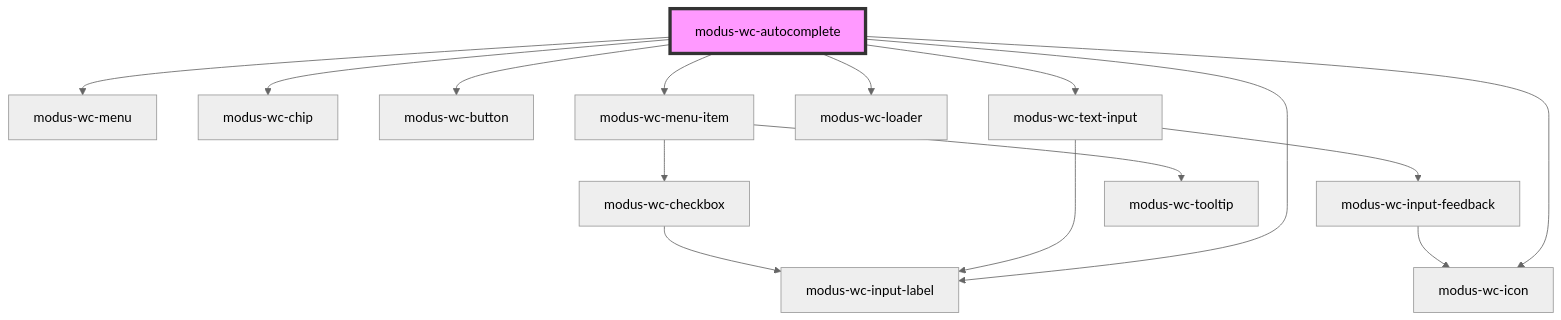
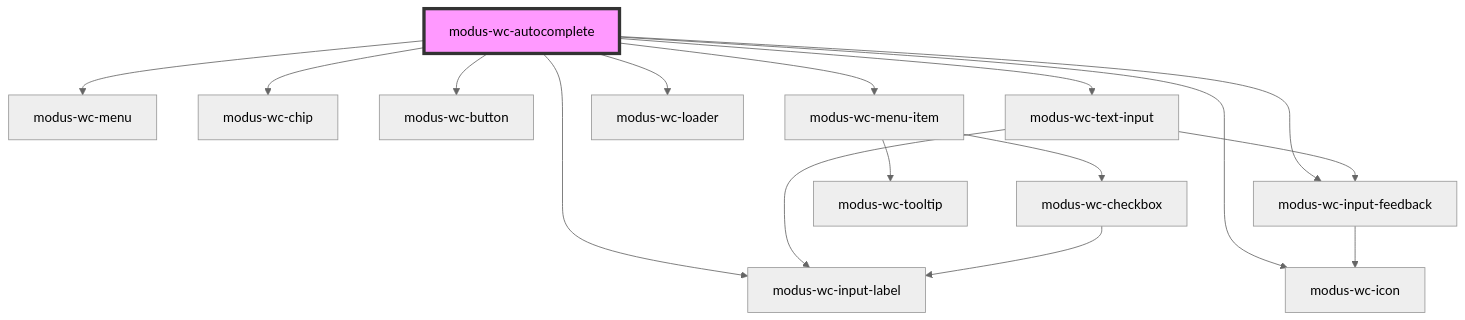
Before and after one commit to trimble-oss/modus-wc-2.0: the diagram in src/components/modus-wc-autocomplete/readme.md, drawn with Mermaid (neutral theme). The commit also changed other lines of this file and 4 other files, not shown here.

````diff
--- a/src/components/modus-wc-autocomplete/readme.md
+++ b/src/components/modus-wc-autocomplete/readme.md
@@ -144,18 +147,19 @@
 ```mermaid
 graph TD;
   modus-wc-autocomplete --> modus-wc-input-label
+  modus-wc-autocomplete --> modus-wc-input-feedback
   modus-wc-autocomplete --> modus-wc-menu
   modus-wc-autocomplete --> modus-wc-chip
   modus-wc-autocomplete --> modus-wc-button
   modus-wc-autocomplete --> modus-wc-icon
   modus-wc-autocomplete --> modus-wc-text-input
   modus-wc-autocomplete --> modus-wc-loader
   modus-wc-autocomplete --> modus-wc-menu-item
+  modus-wc-input-feedback --> modus-wc-icon
   modus-wc-text-input --> modus-wc-input-label
   modus-wc-text-input --> modus-wc-input-feedback
-  modus-wc-input-feedback --> modus-wc-icon
   modus-wc-menu-item --> modus-wc-checkbox
   modus-wc-menu-item --> modus-wc-tooltip
   modus-wc-checkbox --> modus-wc-input-label
   style modus-wc-autocomplete fill:#f9f,stroke:#333,stroke-width:4px
 ```
````
